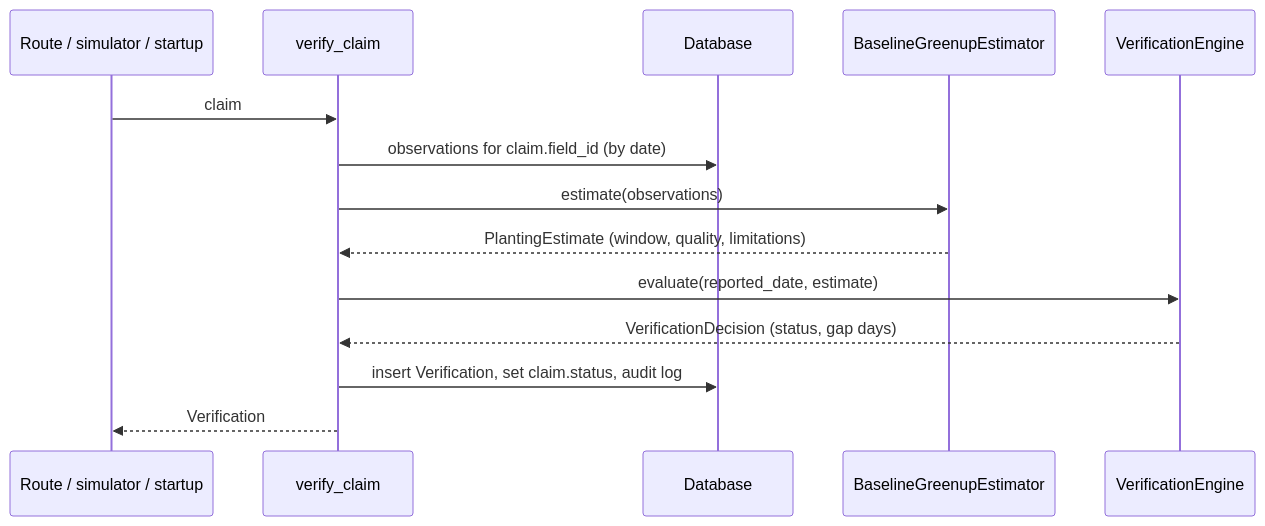
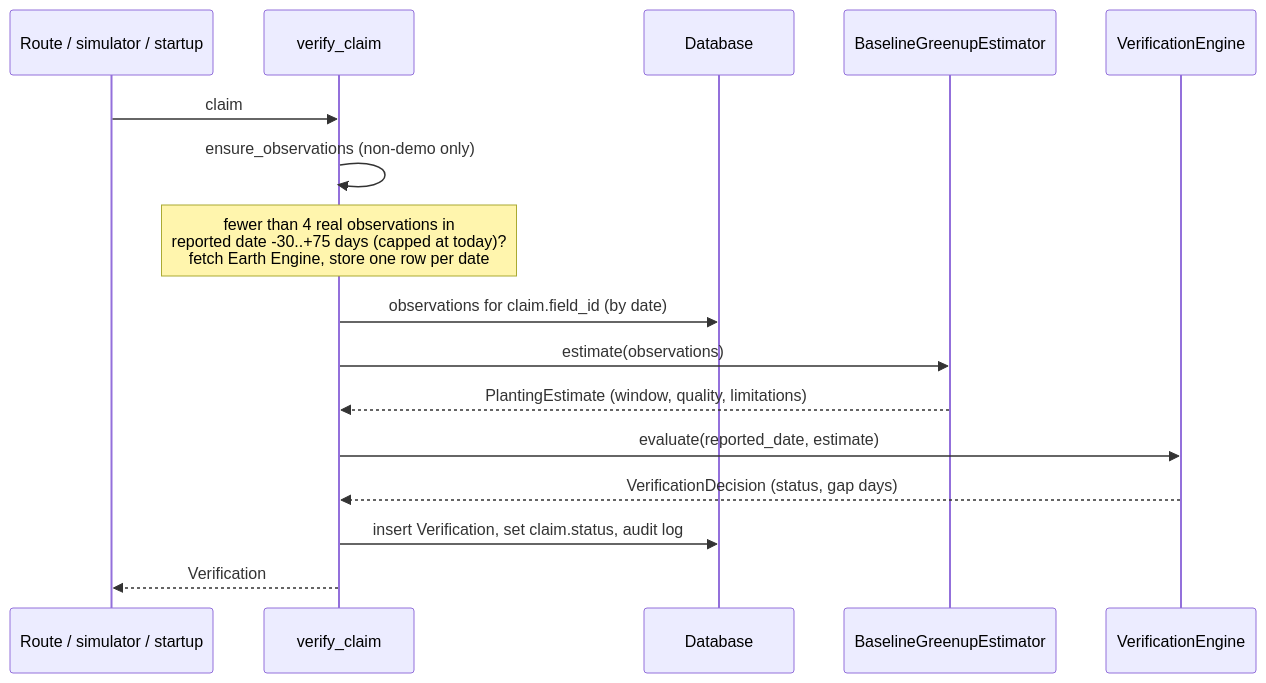
One commit to Divzy-B/AgriVerify changed the second of 3 diagrams in docs/flow.md. Above: the diagram before and after it, drawn with Mermaid. The commit also changed other lines of this file and 10 other files, not shown here.

````diff
--- a/docs/flow.md
+++ b/docs/flow.md
@@ -39,16 +39,18 @@
 ```mermaid
 sequenceDiagram
     participant Caller as Route / simulator / startup
     participant V as verify_claim
     participant DB as Database
     participant E as BaselineGreenupEstimator
     participant P as VerificationEngine
     Caller->>V: claim
+    V->>V: ensure_observations (non-demo only)
+    Note over V: fewer than 4 real observations in<br/>reported date -30..+75 days (capped at today)?<br/>fetch Earth Engine, store one row per date
     V->>DB: observations for claim.field_id (by date)
     V->>E: estimate(observations)
     E-->>V: PlantingEstimate (window, quality, limitations)
     V->>P: evaluate(reported_date, estimate)
     P-->>V: VerificationDecision (status, gap days)
     V->>DB: insert Verification, set claim.status, audit log
     V-->>Caller: Verification
 ```
````
